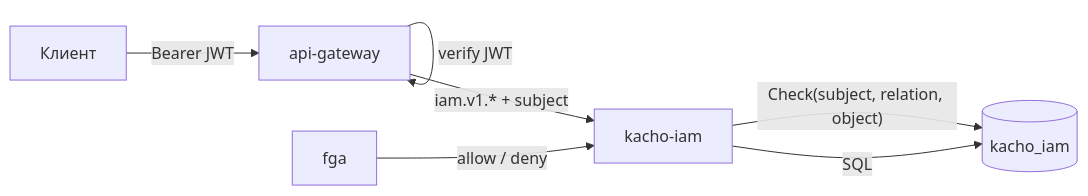
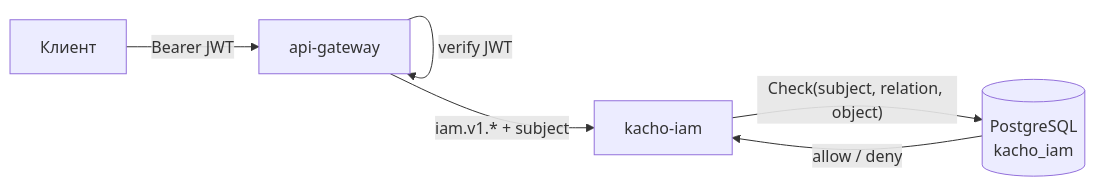
Before and after one commit to PRO-Robotech/kacho: the diagram in services/iam/docs/content/api/overview.mdx, drawn with Mermaid. The commit also changed other lines of this file and 20 other files, not shown here.

````diff
--- a/services/iam/docs/content/api/overview.mdx
+++ b/services/iam/docs/content/api/overview.mdx
@@ -171,9 +172,8 @@
 ```mermaid
 flowchart LR
   cli["Клиент"] -->|"Bearer JWT"| agw["api-gateway"]
   agw -->|"verify JWT"| agw
   agw -->|"iam.v1.* + subject"| iam["kacho-iam"]
-  iam -->|"Check(subject, relation, object)"| pg[("PostgreSQL kacho_iam")]
-  fga -->|"allow / deny"| iam
-  iam -->|"SQL"| pg[("kacho_iam")]
+  iam -->|"Check(subject, relation, object)"| pg[("PostgreSQL<br/>kacho_iam")]
+  pg -->|"allow / deny"| iam
 ```
````
